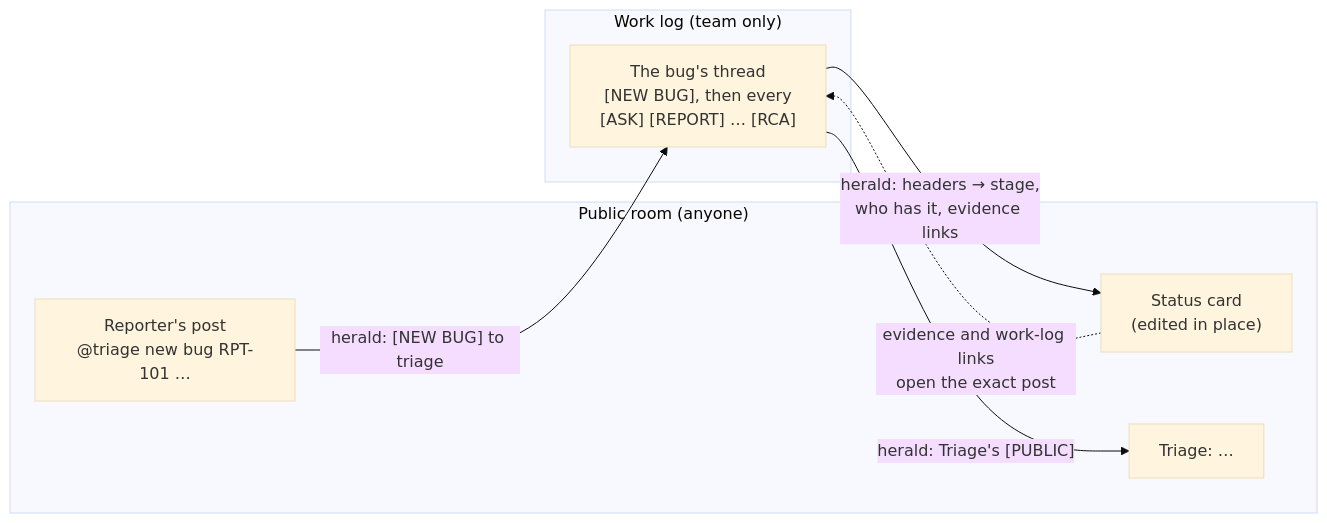
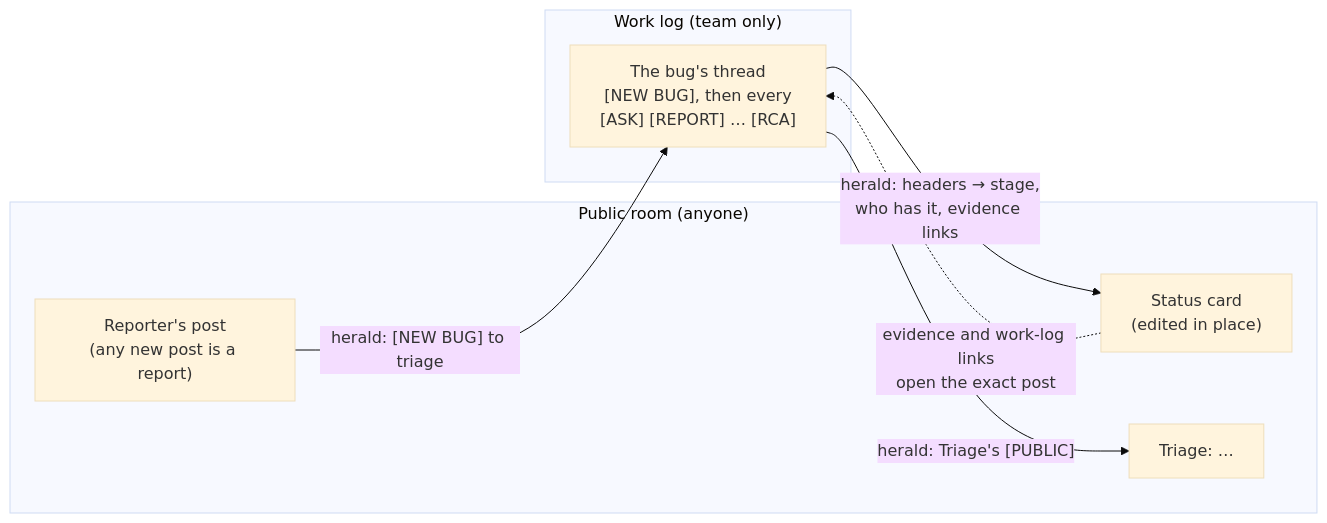
The third of 9 diagrams in docs/SYSTEM.md (Pranav108/tracesquad), drawn with Mermaid (base theme) before and after one commit. The commit also changed other lines of this file and 17 other files, not shown here.

First line of the commit message:
feat: every new post in the public room is a bug report

````diff
--- a/docs/SYSTEM.md
+++ b/docs/SYSTEM.md
@@ -311,15 +311,15 @@
 ```mermaid
 flowchart LR
     subgraph public["Public room (anyone)"]
-        report["Reporter's post<br/>@triage new bug RPT-101 …"]
+        report["Reporter's post<br/>(any new post is a report)"]
         card["Status card<br/>(edited in place)"]
         said["Triage: …"]
     end
     subgraph log["Work log (team only)"]
         thread["The bug's thread<br/>[NEW BUG], then every<br/>[ASK] [REPORT] … [RCA]"]
     end
     report -- "herald: [NEW BUG] to triage" --> thread
     thread -- "herald: headers → stage,<br/>who has it, evidence links" --> card
     thread -- "herald: Triage's [PUBLIC]" --> said
     card -. "evidence and work-log links<br/>open the exact post" .-> thread
 ```
````
